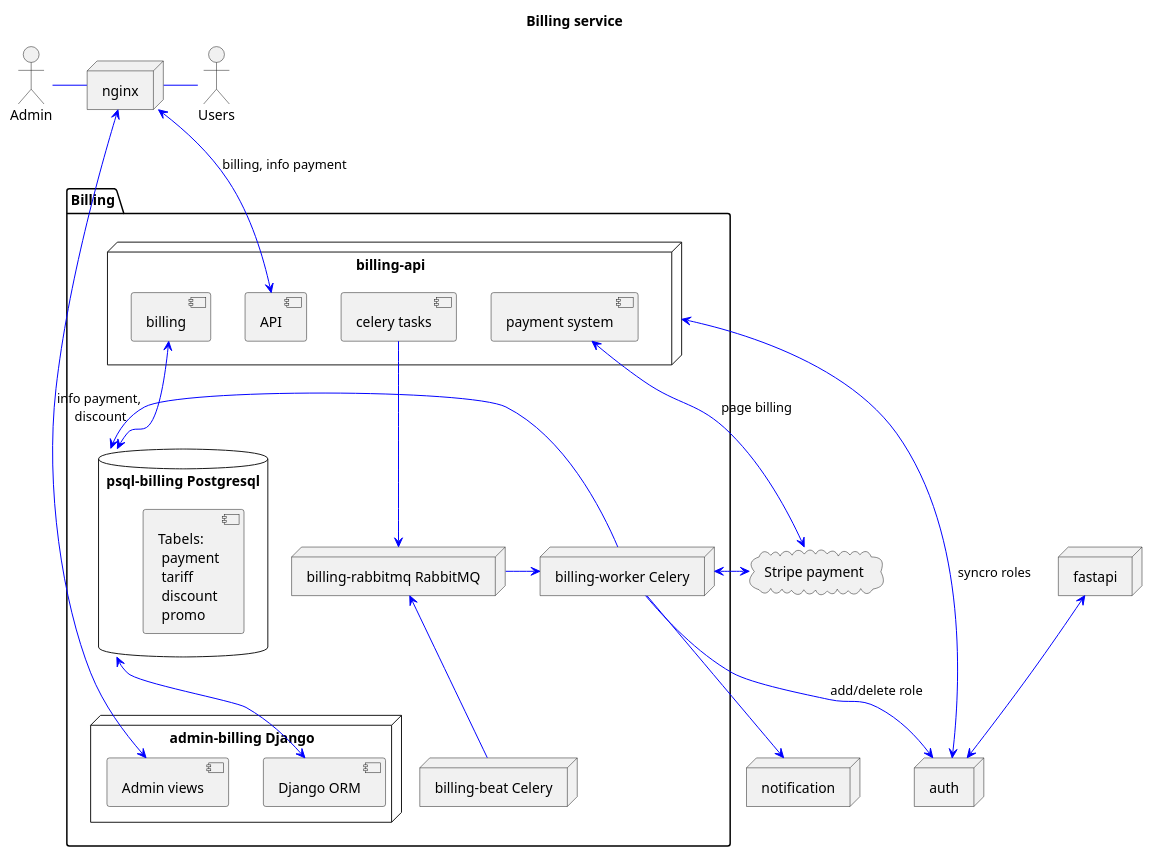
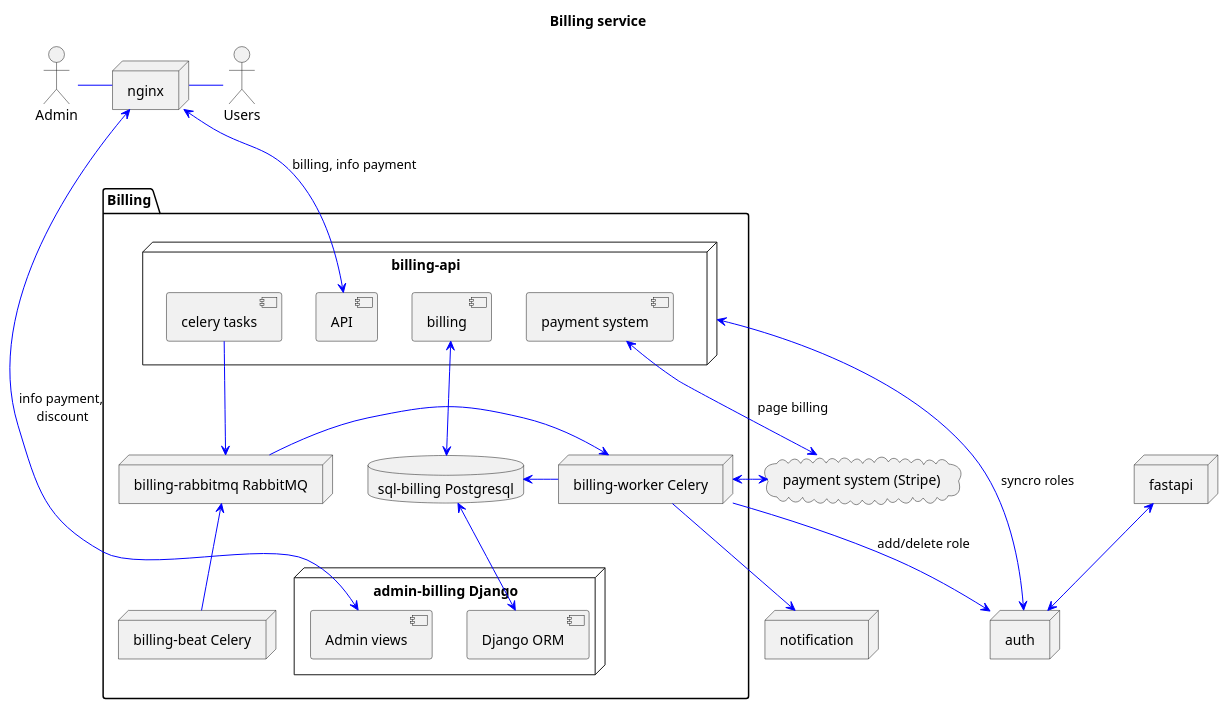
Before and after one commit to AlexeyBely/graduate_work: the diagram in scheme/billing_system_schema.puml, drawn with PlantUML. The commit also changed 4 other files, not shown here.

```diff
--- a/scheme/billing_system_schema.puml
+++ b/scheme/billing_system_schema.puml
@@ -1,50 +1,49 @@
 @startuml billing_system_schema
 title Billing service
 skinparam componentStyle uml2
 
 actor Users
 actor Admin
 node "nginx" as nginx
 node "fastapi" as fastapi
 node "auth" as auth
 node "notification" as notify
 package "Billing" {
     node "admin-billing Django" as django{
         component "Admin views" as admin_views        
         component "Django ORM" as admin_orm            
     }
-    database "psql-billing Postgresql" as psql {    
-        component "Tabels: \n payment\n tariff\n discount\n promo" as tables
+    database "sql-billing Postgresql" as psql {    
     }
     node "billing-api" as billing_api{
         component "API" as api
         component "billing" as api_billing 
         component "payment system" as payment
         component "celery tasks" as celery_tasks                  
     }
     node "billing-rabbitmq RabbitMQ" as rabbit
     node "billing-worker Celery" as worker    
     node "billing-beat Celery" as beat
 }
-cloud "Stripe payment"  as stripe
+cloud "payment system (Stripe)"  as stripe
      
 Users -[#blue]left- nginx
 Admin -[#blue]right- nginx
 nginx <-[#blue]down-> admin_views : info payment,\n discount
 nginx <-[#blue]down-> api : billing, info payment
 fastapi <-[#blue]down-> auth
 billing_api <-[#blue]> auth : syncro roles
 
 admin_orm <-[#blue]up-> psql 
 api_billing <-[#blue]> psql
 payment <-[#blue]> stripe : page billing
 celery_tasks -[#blue]down-> rabbit
 
 beat -[#blue]up-> rabbit
 rabbit -[#blue]> worker
 worker <-[#blue]> stripe
 worker -[#blue]down-> auth : add/delete role
 worker -[#blue]down-> notify
 worker -[#blue]right-> psql
  
 @enduml 
```
